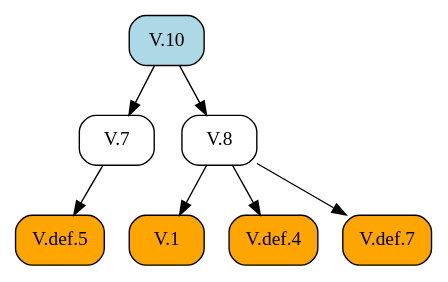
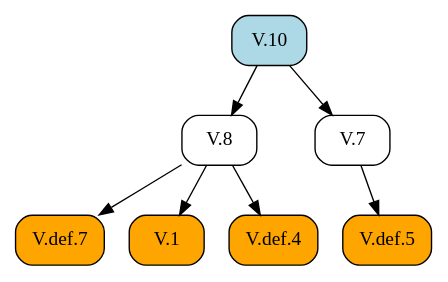
One commit to geometor/elements changed the diagram in docsrc/heath/V/10/index.rst. Above: the diagram before and after it, drawn with Graphviz. The commit also changed other lines of this file and 1029 other files, not shown here.

```diff
--- a/docsrc/heath/V/10/index.rst
+++ b/docsrc/heath/V/10/index.rst
@@ -80,19 +80,19 @@
 .. graphviz::
 
    digraph {
      rankdir="TB";
      node [shape=box, style=rounded];
+     "V.def.5" [style="rounded,filled", fillcolor=orange, URL="/heath/V/def.5/", target="_top"];
+     "V.8" [URL="/heath/V/8/", target="_top"];
+     "V.def.7" [style="rounded,filled", fillcolor=orange, URL="/heath/V/def.7/", target="_top"];
+     "V.7" [URL="/heath/V/7/", target="_top"];
+     "V.10" [style="rounded,filled", fillcolor=lightblue, URL="/heath/V/10/", target="_top"];
      "V.1" [style="rounded,filled", fillcolor=orange, URL="/heath/V/1/", target="_top"];
-     "V.7" [URL="/heath/V/7/", target="_top"];
      "V.def.4" [style="rounded,filled", fillcolor=orange, URL="/heath/V/def.4/", target="_top"];
-     "V.10" [style="rounded,filled", fillcolor=lightblue, URL="/heath/V/10/", target="_top"];
-     "V.def.7" [style="rounded,filled", fillcolor=orange, URL="/heath/V/def.7/", target="_top"];
-     "V.8" [URL="/heath/V/8/", target="_top"];
-     "V.def.5" [style="rounded,filled", fillcolor=orange, URL="/heath/V/def.5/", target="_top"];
+     "V.7" -> "V.def.5";
+     "V.10" -> "V.8";
+     "V.8" -> "V.def.7";
+     "V.10" -> "V.7";
      "V.8" -> "V.1";
-     "V.10" -> "V.7";
      "V.8" -> "V.def.4";
-     "V.8" -> "V.def.7";
-     "V.10" -> "V.8";
-     "V.7" -> "V.def.5";
    }
```
